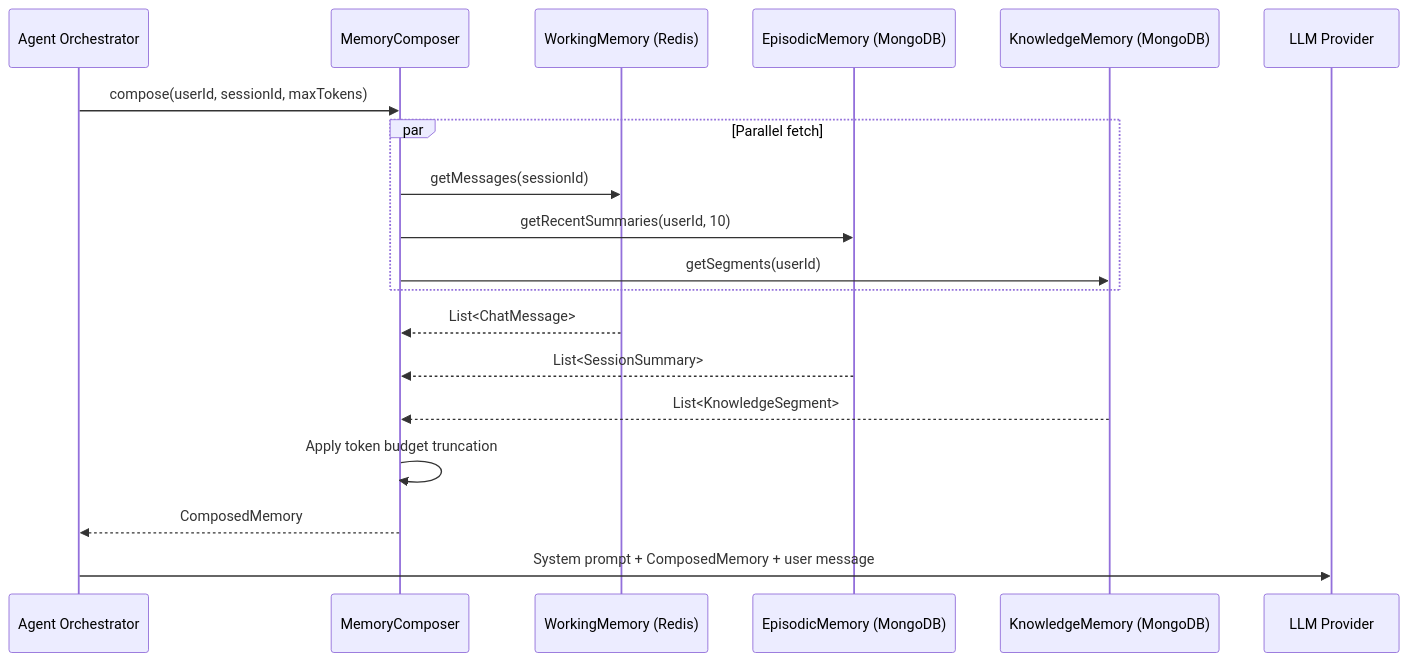
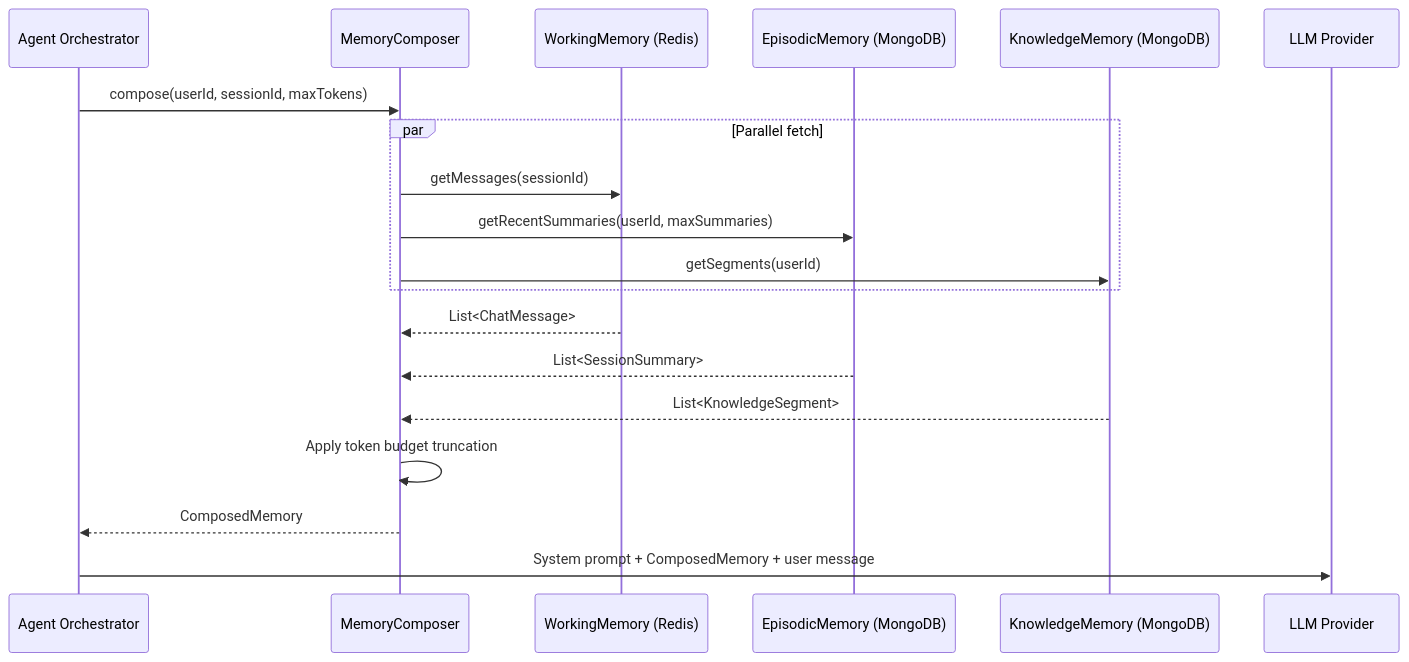
Before and after one commit to GiskardB/gargantua-site: the second of 2 diagrams in docs/memory-system.md, drawn with Mermaid. The commit also changed other lines of this file and 19 other files, not shown here.

````diff
--- a/docs/memory-system.md
+++ b/docs/memory-system.md
@@ -59,22 +59,22 @@
 ```mermaid
 sequenceDiagram
     participant Agent as Agent Orchestrator
     participant MC as MemoryComposer
     participant WM as WorkingMemory (Redis)
     participant EM as EpisodicMemory (MongoDB)
     participant KM as KnowledgeMemory (MongoDB)
     participant LLM as LLM Provider
 
     Agent->>MC: compose(userId, sessionId, maxTokens)
     par Parallel fetch
         MC->>WM: getMessages(sessionId)
-        MC->>EM: getRecentSummaries(userId, 10)
+        MC->>EM: getRecentSummaries(userId, maxSummaries)
         MC->>KM: getSegments(userId)
     end
     WM-->>MC: List<ChatMessage>
     EM-->>MC: List<SessionSummary>
     KM-->>MC: List<KnowledgeSegment>
     MC->>MC: Apply token budget truncation
     MC-->>Agent: ComposedMemory
     Agent->>LLM: System prompt + ComposedMemory + user message
 ```
````
